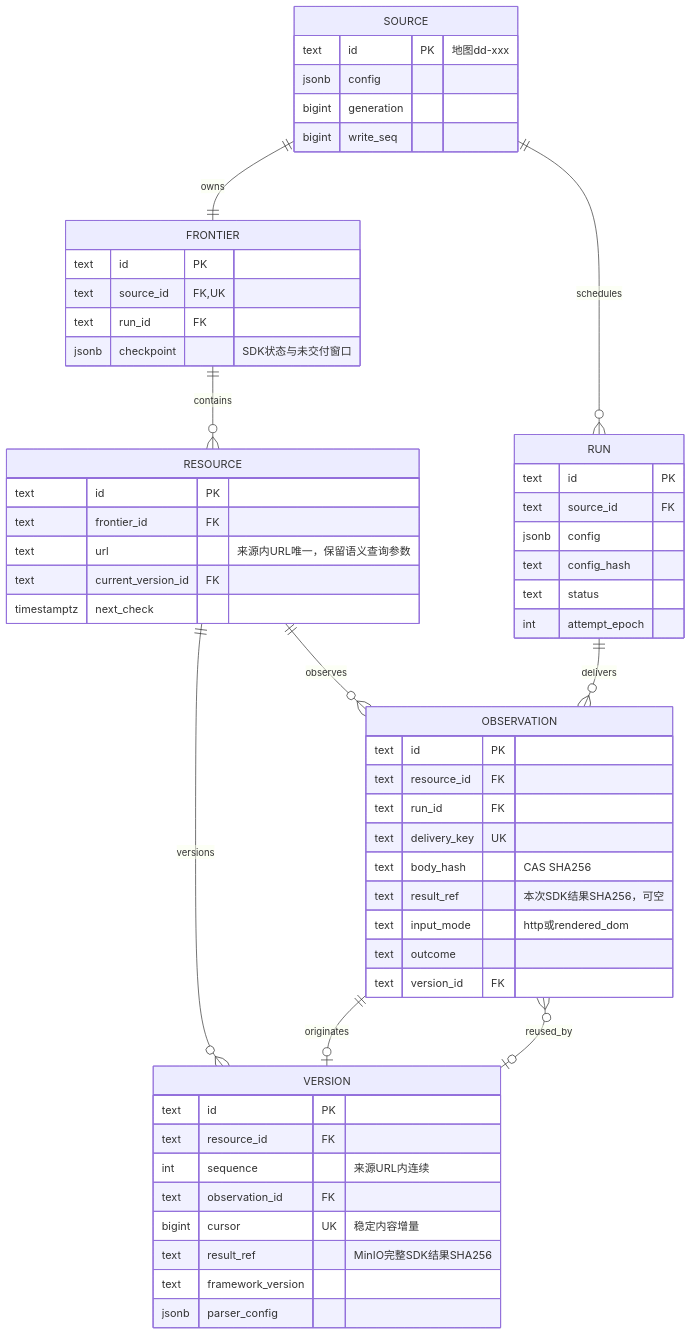
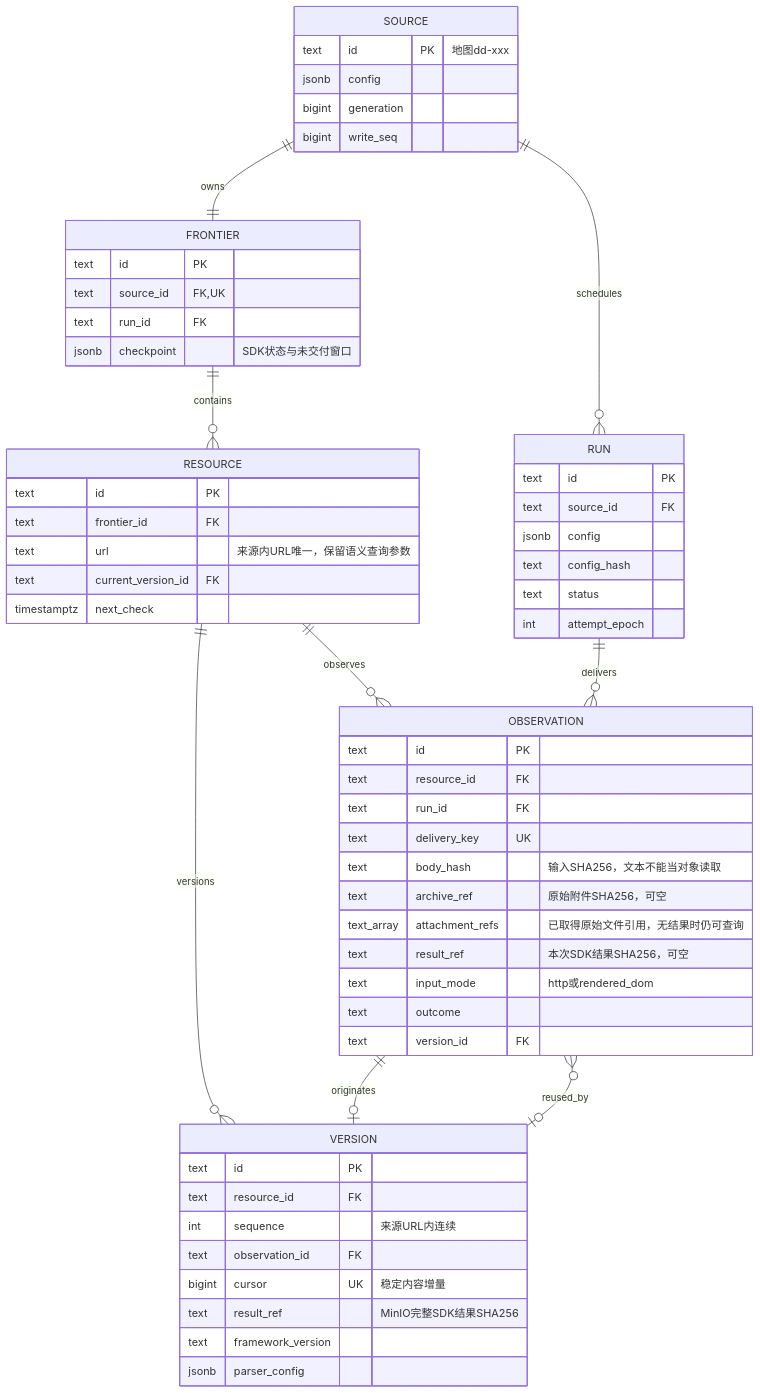
Before and after one commit to nanzhi84/SEAL: the diagram in README.md, drawn with Mermaid. The commit also changed other lines of this file and 20 other files, not shown here.

````diff
--- a/README.md
+++ b/README.md
@@ -77,59 +78,61 @@
 ```mermaid
 erDiagram
  SOURCE ||--|| FRONTIER : owns
  SOURCE ||--o{ RUN : schedules
  FRONTIER ||--o{ RESOURCE : contains
  RESOURCE ||--o{ OBSERVATION : observes
  RUN ||--o{ OBSERVATION : delivers
  RESOURCE ||--o{ VERSION : versions
  OBSERVATION ||--o| VERSION : originates
  VERSION o|--o{ OBSERVATION : reused_by
  RESOURCE {
   text id PK
   text frontier_id FK
   text url "来源内URL唯一，保留语义查询参数"
   text current_version_id FK
   timestamptz next_check
  }
  SOURCE {
   text id PK "地图dd-xxx"
   jsonb config
   bigint generation
   bigint write_seq
  }
  FRONTIER {
   text id PK
   text source_id FK,UK
   text run_id FK
   jsonb checkpoint "SDK状态与未交付窗口"
  }
  RUN {
   text id PK
   text source_id FK
   jsonb config
   text config_hash
   text status
   int attempt_epoch
  }
  OBSERVATION {
   text id PK
   text resource_id FK
   text run_id FK
   text delivery_key UK
-  text body_hash "CAS SHA256"
+  text body_hash "输入SHA256，文本不能当对象读取"
+  text archive_ref "原始附件SHA256，可空"
+  text_array attachment_refs "已取得原始文件引用，无结果时仍可查询"
   text result_ref "本次SDK结果SHA256，可空"
   text input_mode "http或rendered_dom"
   text outcome
   text version_id FK
  }
  VERSION {
   text id PK
   text resource_id FK
   int sequence "来源URL内连续"
   text observation_id FK
   bigint cursor UK "稳定内容增量"
   text result_ref "MinIO完整SDK结果SHA256"
   text framework_version
   jsonb parser_config
  }
 ```
````
